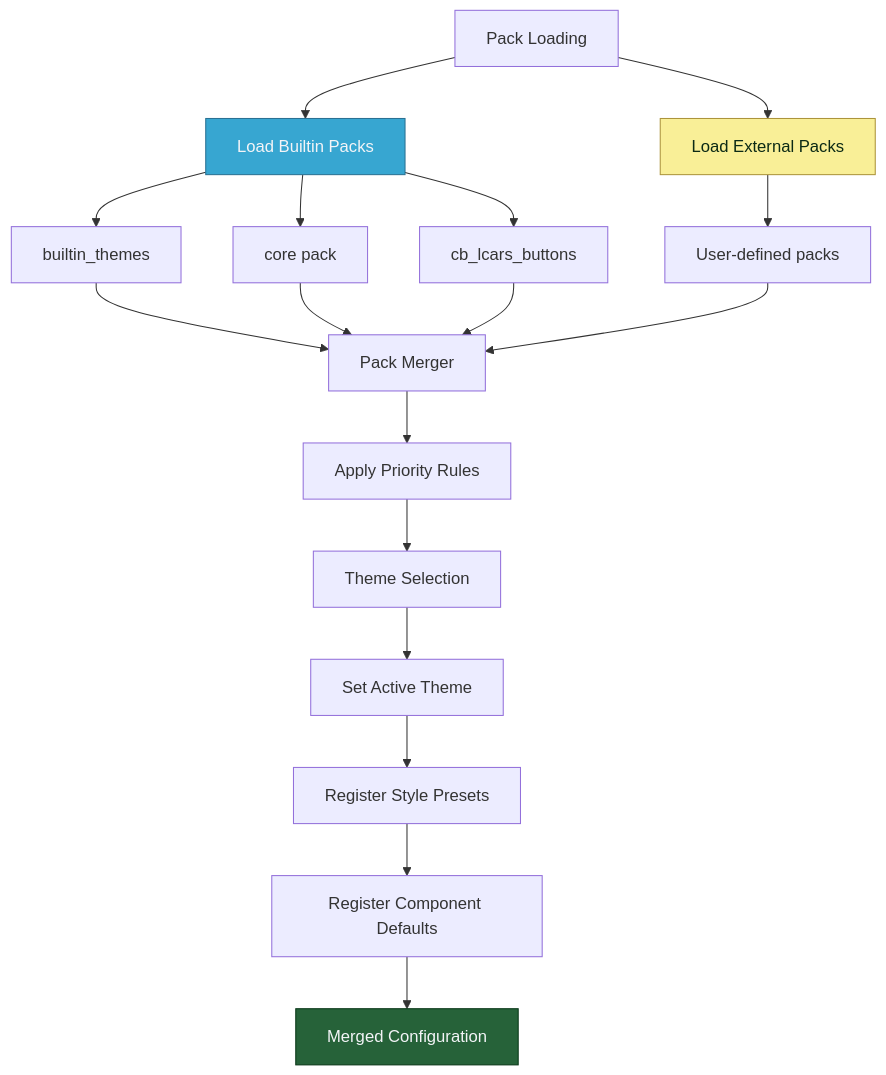
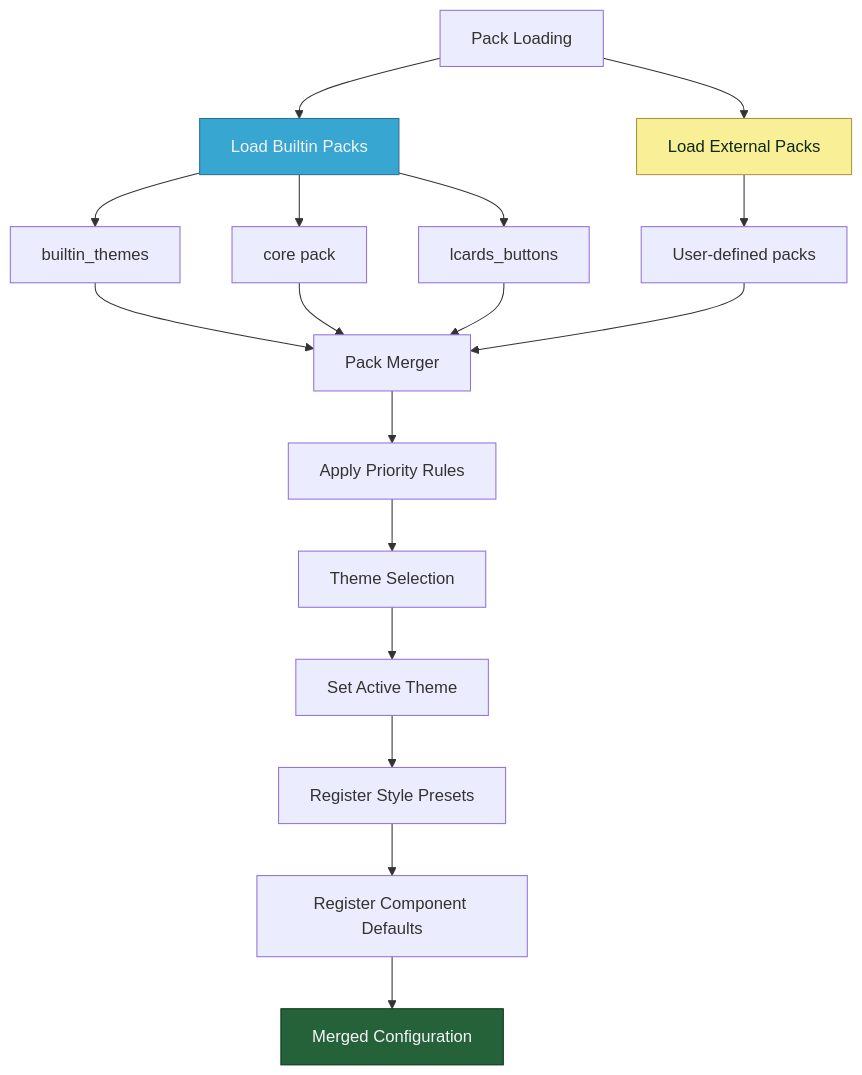
The fifth of 14 diagrams in doc/architecture/MSD flow.md (snootched/lcards), drawn with Mermaid before and after one commit. The commit also changed other lines of this file and 12 other files, not shown here.

First line of the commit message:
Refactor LCARdS Button Styles Pack: Rename from cb_lcars_buttons to lcards_buttons

````diff
--- a/doc/architecture/MSD flow.md
+++ b/doc/architecture/MSD flow.md
@@ -320,28 +320,28 @@
 ```mermaid
 graph TD
     Start[Pack Loading] --> Builtin[Load Builtin Packs]
 
     Builtin --> Themes[builtin_themes]
     Builtin --> Core[core pack]
-    Builtin --> Buttons[cb_lcars_buttons]
+    Builtin --> Buttons[lcards_buttons]
 
     Start --> External[Load External Packs]
     External --> User[User-defined packs]
 
     Themes --> Merge[Pack Merger]
     Core --> Merge
     Buttons --> Merge
     User --> Merge
 
     Merge --> Priority[Apply Priority Rules]
     Priority --> Themes2[Theme Selection]
     Themes2 --> Active[Set Active Theme]
 
     Active --> Presets[Register Style Presets]
     Presets --> Components[Register Component Defaults]
     Components --> Output[Merged Configuration]
 
     style Builtin fill:#37a6d1,stroke:#2a7193,color:#f3f4f7
     style External fill:#f9ef97,stroke:#ac943b,color:#0c2a15
     style Output fill:#266239,stroke:#083717,color:#f3f4f7
 ```
````
